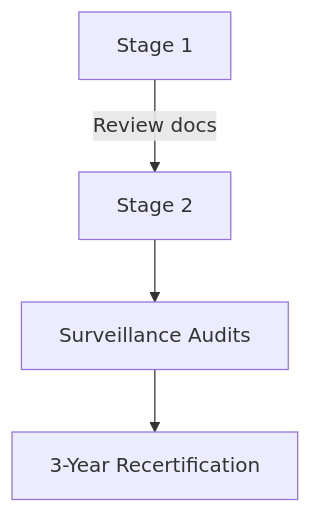
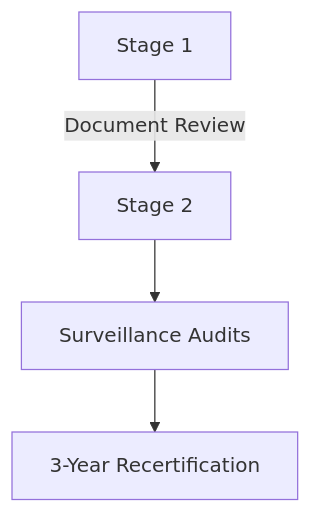
One commit to AtejiEmmanuel/ISO-27001-Based-Security-Audit-and-Assessment changed the diagram in README.md. Above: the diagram before and after it, drawn with Mermaid. The commit also changed other lines of this file, not shown here.

````diff
--- a/README.md
+++ b/README.md
@@ -73,6 +73,6 @@
 ```mermaid
 graph TD
-    A[Stage 1] -->|Review docs| B[Stage 2]
+    A[Stage 1] -->|Document Review| B[Stage 2]
     B --> C[Surveillance Audits]
     C --> D[3-Year Recertification]
 ```
````
